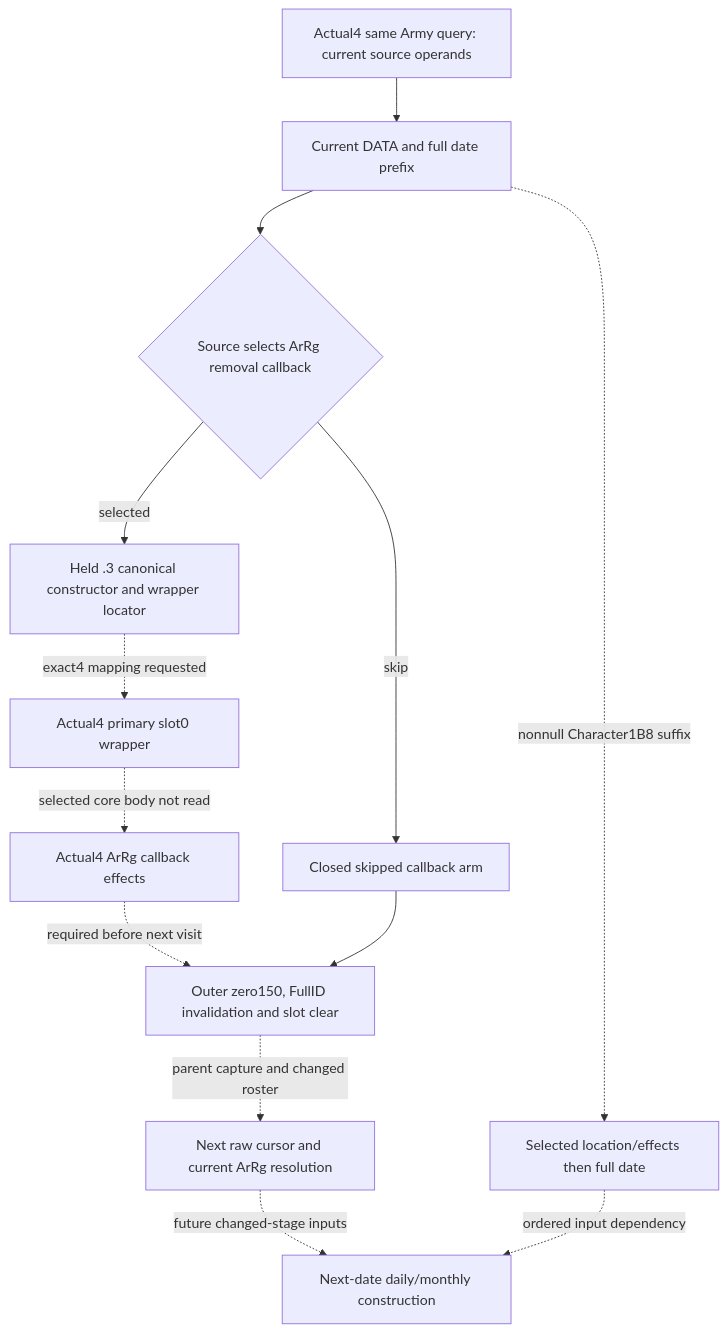
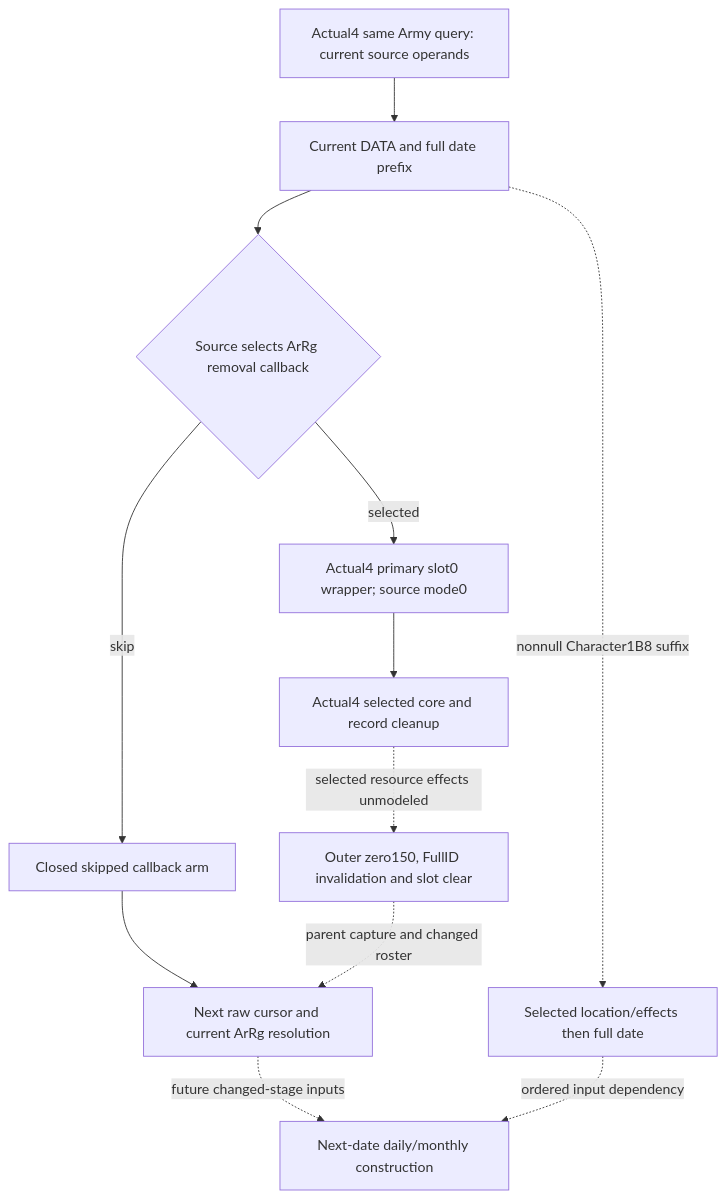
Before and after one commit to XenoAmess/ck3_eternal_recurrence: the diagram in docs/ck3-native-ai/army-future-date-value-gaps-12004.md, drawn with Mermaid. The commit also changed other lines of this file and 7 other files, not shown here.

Commit message:
Add actual4 store admission inputs and close Character suffix wrapper

````diff
--- a/docs/ck3-native-ai/army-future-date-value-gaps-12004.md
+++ b/docs/ck3-native-ai/army-future-date-value-gaps-12004.md
@@ -28,15 +29,14 @@
 ```mermaid
 flowchart TD
   Q[Actual4 same Army query: current source operands] --> D[Current DATA and full date prefix]
   D --> S{Source selects ArRg removal callback}
   S -->|skip| N[Closed skipped callback arm]
-  S -->|selected| V[Held .3 canonical constructor and wrapper locator]
-  V -. exact4 mapping requested .-> W[Actual4 primary slot0 wrapper]
-  W -. selected core body not read .-> C[Actual4 ArRg callback effects]
-  C -. required before next visit .-> I[Outer zero150, FullID invalidation and slot clear]
-  N --> I
+  S -->|selected| W[Actual4 primary slot0 wrapper; source mode0]
+  W --> C[Actual4 selected core and record cleanup]
+  C -. selected resource effects unmodeled .-> I[Outer zero150, FullID invalidation and slot clear]
+  N --> P
   I -. parent capture and changed roster .-> P[Next raw cursor and current ArRg resolution]
   D -. nonnull Character1B8 suffix .-> H[Selected location/effects then full date]
   P -. future changed-stage inputs .-> F[Next-date daily/monthly construction]
   H -. ordered input dependency .-> F
 ```
````
